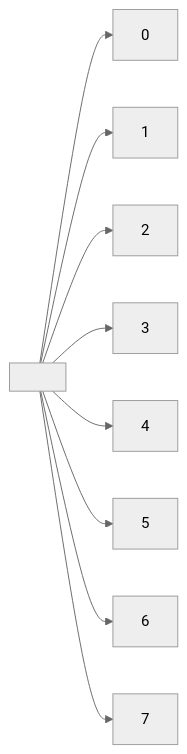
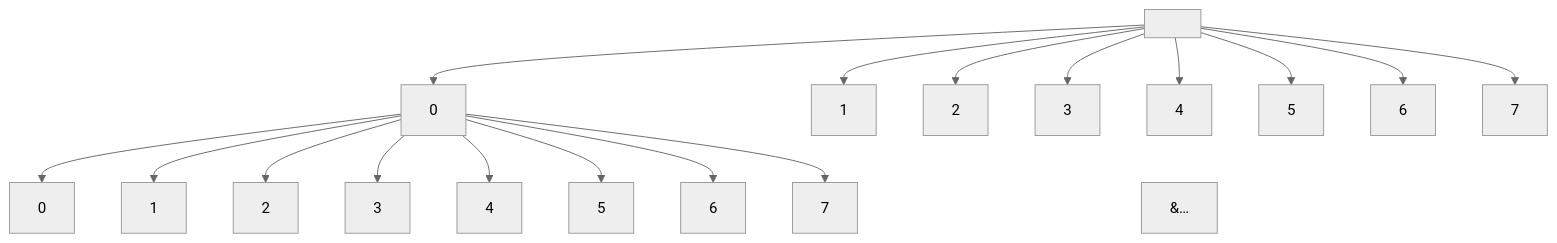
The diagram in doc/backtracking_graphe.md (Matteo-K/S2.02), drawn with Mermaid (neutral theme) before and after one commit.

Commit message:
improved mermaid

````diff
--- a/doc/backtracking_graphe.md
+++ b/doc/backtracking_graphe.md
@@ -27,12 +27,28 @@
 ```mermaid
-flowchart LR
+flowchart TD
     start[" "]
     start --> 0
     start --> 1
     start --> 2
     start --> 3
     start --> 4
     start --> 5
     start --> 6
     start --> 7
+    0 --> 00["0"]
+    0 --> 01["1"]
+    0 --> 02["2"]
+    0 --> 03["3"]
+    0 --> 04["4"]
+    0 --> 05["5"]
+    0 --> 06["6"]
+    0 --> 07["7"]
+    ell["&#8230;"]
+    1 ~~~ ell
+    2 ~~~ ell
+    3 ~~~ ell
+    4 ~~~ ell
+    5 ~~~ ell
+    6 ~~~ ell
+    7 ~~~ ell
 ```
````
